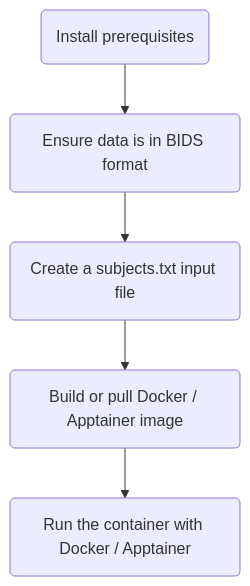
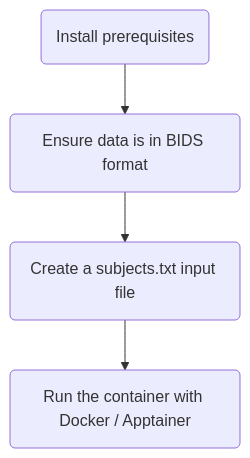
One commit to nikhil153/Enigma-PD-WML changed the diagram in README.md. Above: the diagram before and after it, drawn with Mermaid. The commit also changed other lines of this file and 3 other files, not shown here.

````diff
--- a/README.md
+++ b/README.md
@@ -28,13 +28,11 @@
 ```mermaid
 %%{init: {"flowchart": {"htmlLabels": false}} }%%
 flowchart TD
     installation("`Install prerequisites`")
     convert("`Ensure data is in BIDS format`")
     subjects("`Create a subjects.txt input file`")
-    build("`Build or pull Docker / Apptainer image`")
     run("`Run the container with Docker / Apptainer`")
     installation --> convert
     convert --> subjects
-    subjects --> build
-    build --> run
+    subjects --> run
 ```
````
